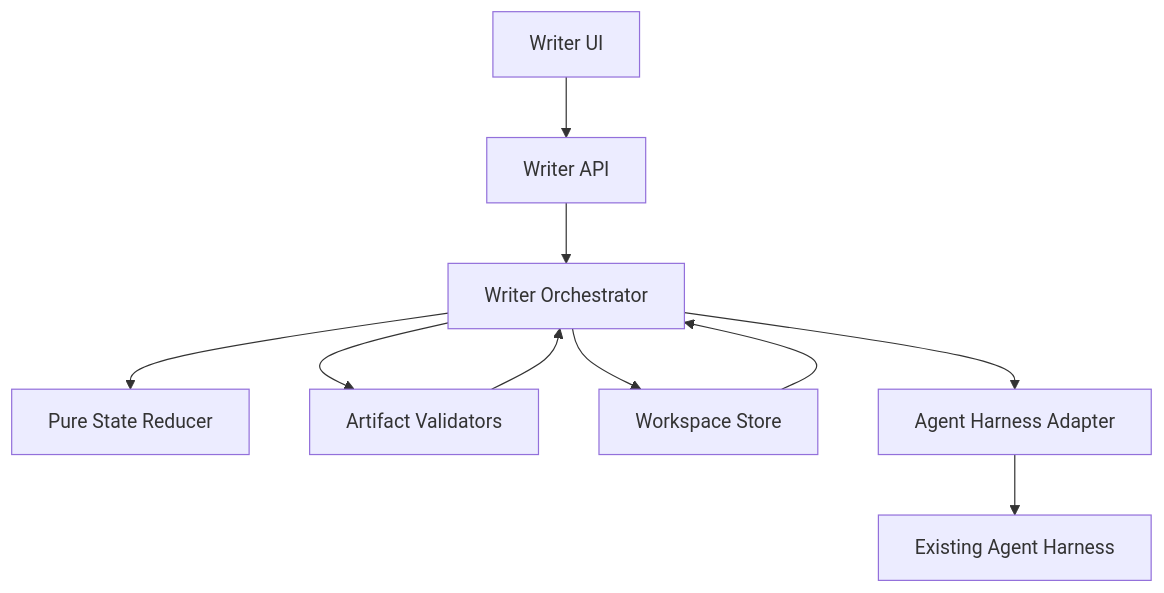
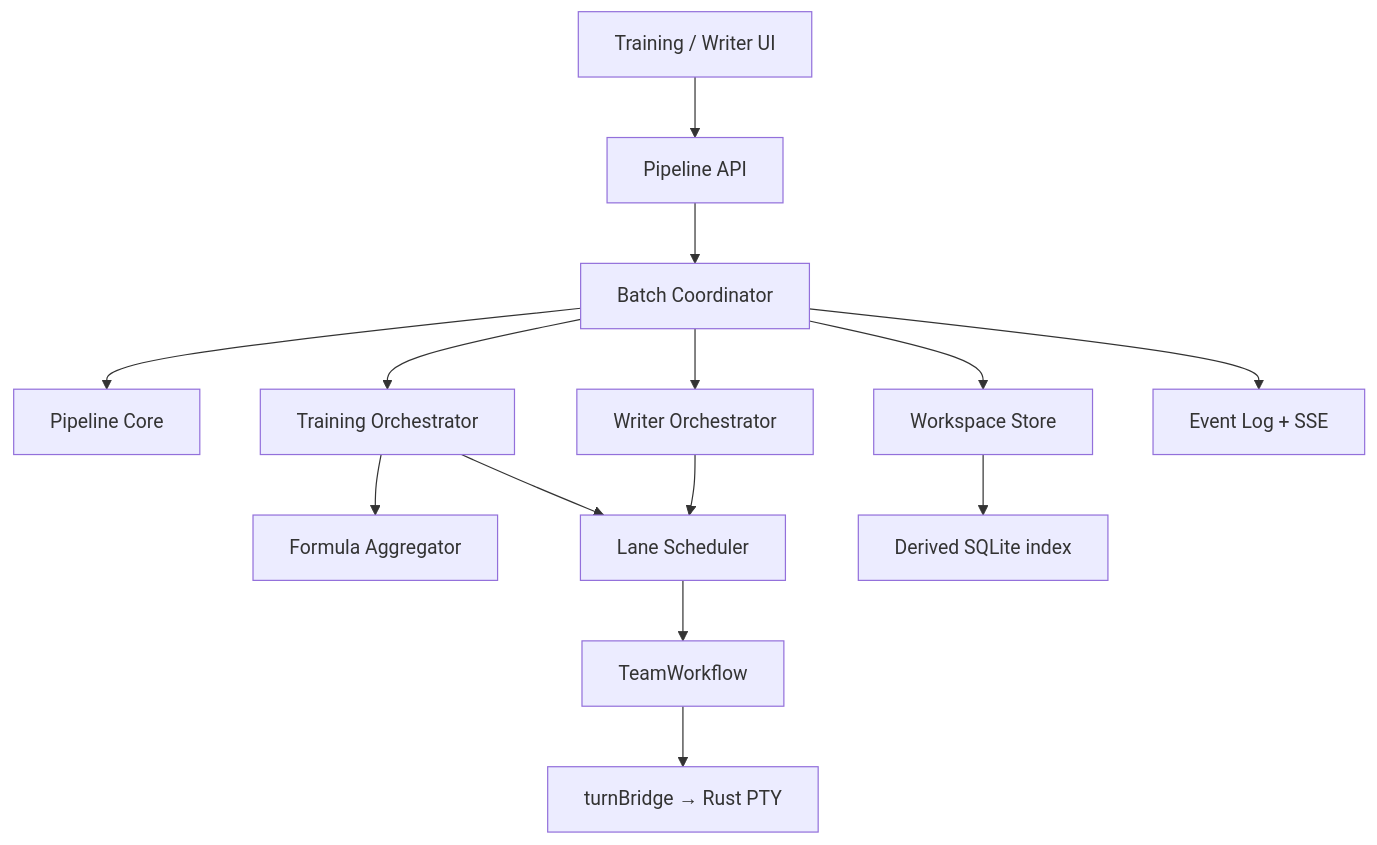
Before and after one commit to Hungbk295/writer-room: the second of 3 diagrams in docs/specs/002-writer-agent-mvp/solution-design.md, drawn with Mermaid. The commit also changed other lines of this file and 57 other files, not shown here.

````diff
--- a/docs/specs/002-writer-agent-mvp/solution-design.md
+++ b/docs/specs/002-writer-agent-mvp/solution-design.md
@@ -161,12 +233,16 @@
 ```mermaid
 flowchart TD
-    UI[Writer UI] --> API[Writer API]
-    API --> O[Writer Orchestrator]
-    O --> R[Pure State Reducer]
-    O --> V[Artifact Validators]
-    O --> W[Workspace Store]
-    O --> A[Agent Harness Adapter]
-    A --> H[Existing Agent Harness]
-    V --> O
-    W --> O
+    UI[Training / Writer UI] --> API[Pipeline API]
+    API --> BC[Batch Coordinator]
+    BC --> PC[Pipeline Core]
+    BC --> TO[Training Orchestrator]
+    BC --> WO[Writer Orchestrator]
+    TO --> FA[Formula Aggregator]
+    TO --> LS[Lane Scheduler]
+    WO --> LS
+    LS --> TW[TeamWorkflow]
+    TW --> TB[turnBridge → Rust PTY]
+    BC --> WS[Workspace Store]
+    BC --> EL[Event Log + SSE]
+    WS --> IDX[Derived SQLite index]
 ```
````
